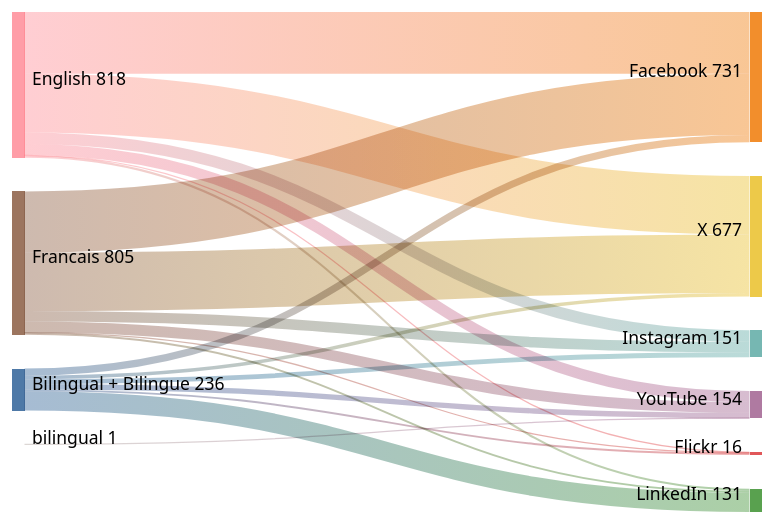
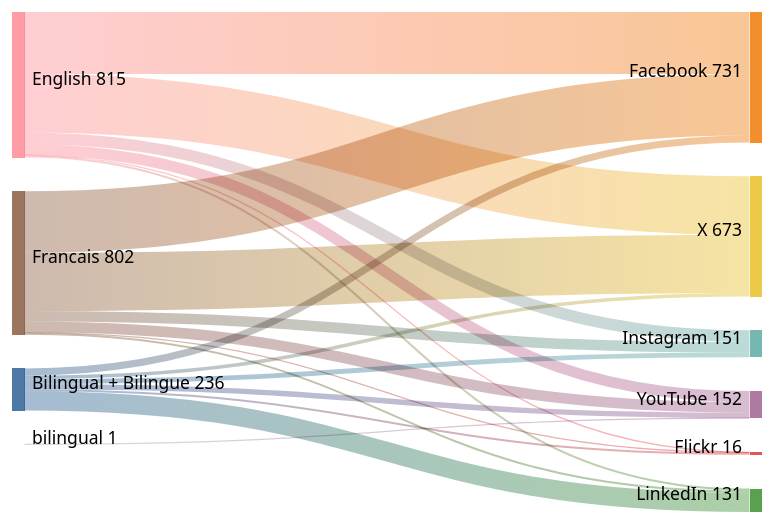
Before and after one commit to PatLittle/GC-Socials: the diagram in sankey_diagram.md, drawn with Mermaid (neutral theme).

Commit message:
Update Sankey diagram for the most recent day

````diff
--- a/sankey_diagram.md
+++ b/sankey_diagram.md
@@ -1,22 +1,22 @@
 ```mermaid
 sankey-beta
   Bilingual + Bilingue,Facebook,40
   Bilingual + Bilingue,Flickr,11
   Bilingual + Bilingue,Instagram,27
   Bilingual + Bilingue,LinkedIn,108
   Bilingual + Bilingue,X,20
   Bilingual + Bilingue,YouTube,30
   English,Facebook,347
   English,Flickr,3
   English,Instagram,65
   English,LinkedIn,12
-  English,X,329
-  English,YouTube,62
+  English,X,327
+  English,YouTube,61
   Francais,Facebook,344
   Francais,Flickr,2
   Francais,Instagram,59
   Francais,LinkedIn,11
-  Francais,X,328
-  Francais,YouTube,61
+  Francais,X,326
+  Francais,YouTube,60
   bilingual,YouTube,1
 ```
````
